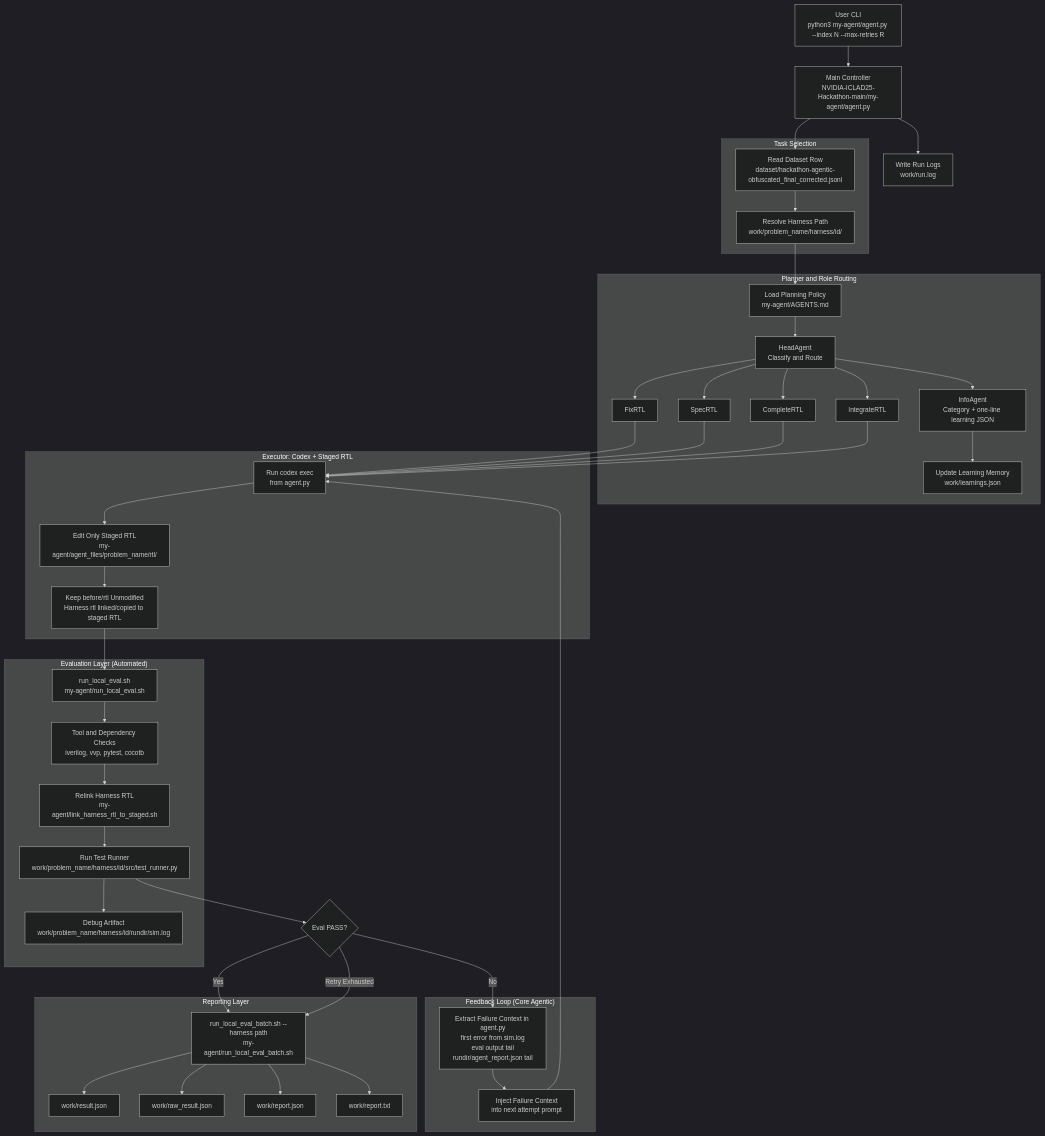
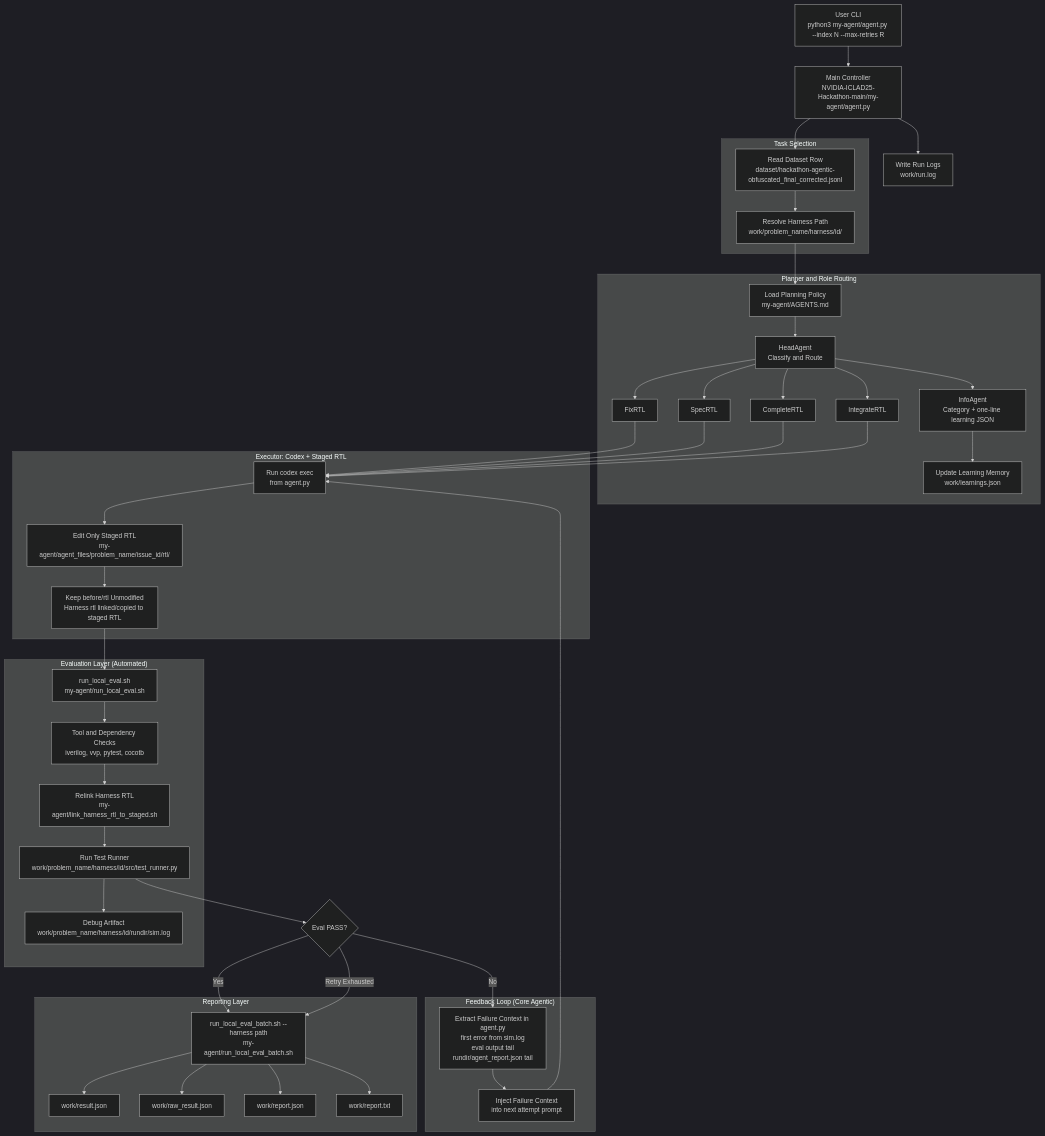
One commit to CRN4X/Agents-for-Chip-Design-Automation changed the diagram in README.md. Above: the diagram before and after it, drawn with Mermaid (dark theme). The commit also changed other lines of this file and 32 other files, not shown here.

```diff
--- a/README.md
+++ b/README.md
@@ -253,7 +253,7 @@
 
       subgraph EXEC["Executor: Codex + Staged RTL"]
           I["Run codex exec<br/>from agent.py"]
-          J["Edit Only Staged RTL<br/>my-agent/agent_files/problem_name/rtl/"]
+          J["Edit Only Staged RTL<br/>my-agent/agent_files/problem_name/issue_id/rtl/"]
           K["Keep before/rtl Unmodified<br/>Harness rtl linked/copied to staged RTL"]
           I --> J --> K
       end
```
